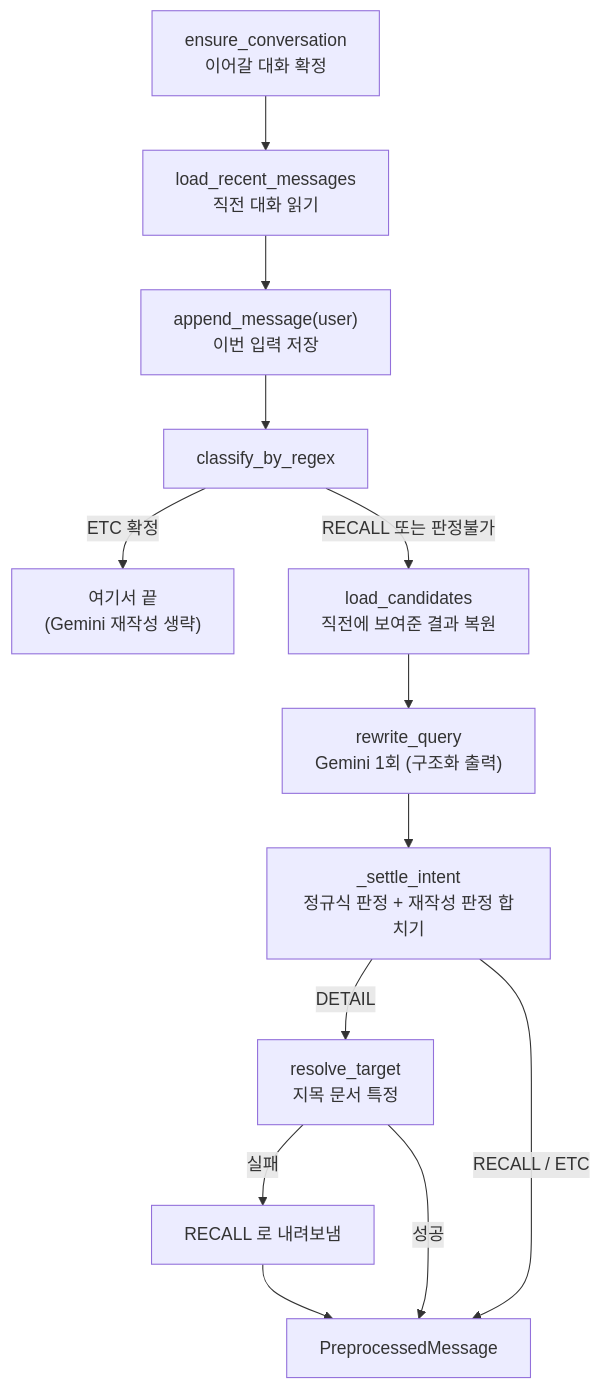
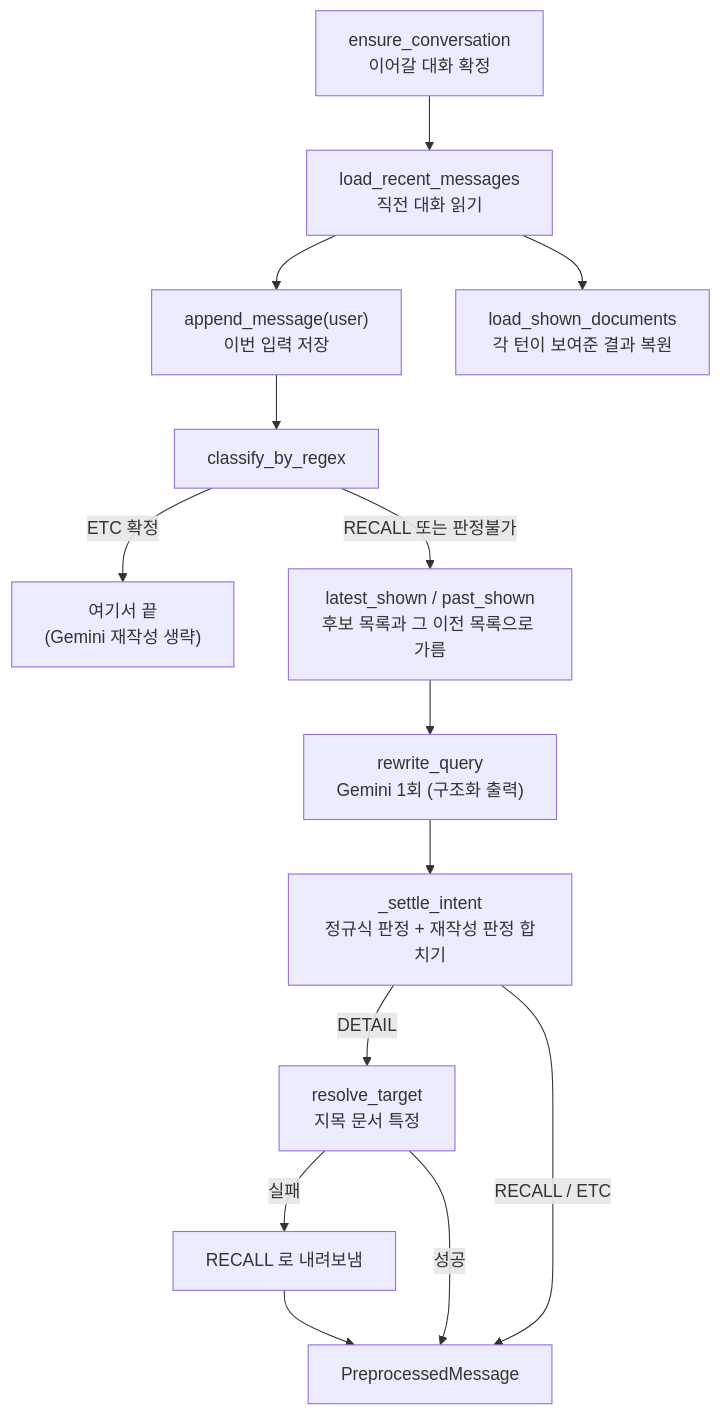
Before and after one commit to haesuo566/history_tracker: the third of 5 diagrams in docs/query-flow.md, drawn with Mermaid. The commit also changed other lines of this file and 19 other files, not shown here.

````diff
--- a/docs/query-flow.md
+++ b/docs/query-flow.md
@@ -127,15 +128,16 @@
 ```mermaid
 flowchart TD
     A["ensure_conversation<br/>이어갈 대화 확정"] --> B["load_recent_messages<br/>직전 대화 읽기"]
     B --> C["append_message(user)<br/>이번 입력 저장"]
     C --> D["classify_by_regex"]
     D -->|"ETC 확정"| E["여기서 끝<br/>(Gemini 재작성 생략)"]
-    D -->|"RECALL 또는 판정불가"| F["load_candidates<br/>직전에 보여준 결과 복원"]
+    B --> B2["load_shown_documents<br/>각 턴이 보여준 결과 복원"]
+    D -->|"RECALL 또는 판정불가"| F["latest_shown / past_shown<br/>후보 목록과 그 이전 목록으로 가름"]
     F --> G["rewrite_query<br/>Gemini 1회 (구조화 출력)"]
     G --> H["_settle_intent<br/>정규식 판정 + 재작성 판정 합치기"]
     H -->|"DETAIL"| I["resolve_target<br/>지목 문서 특정"]
     I -->|"실패"| J["RECALL 로 내려보냄"]
     I -->|"성공"| K["PreprocessedMessage"]
     H -->|"RECALL / ETC"| K
     J --> K
 ```
````
